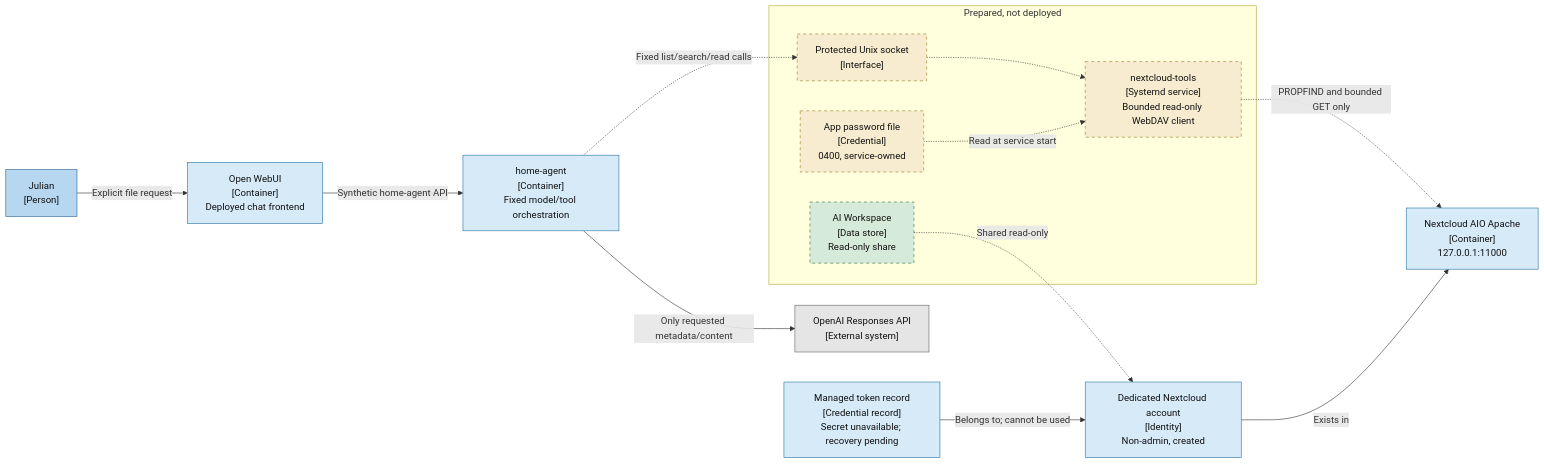
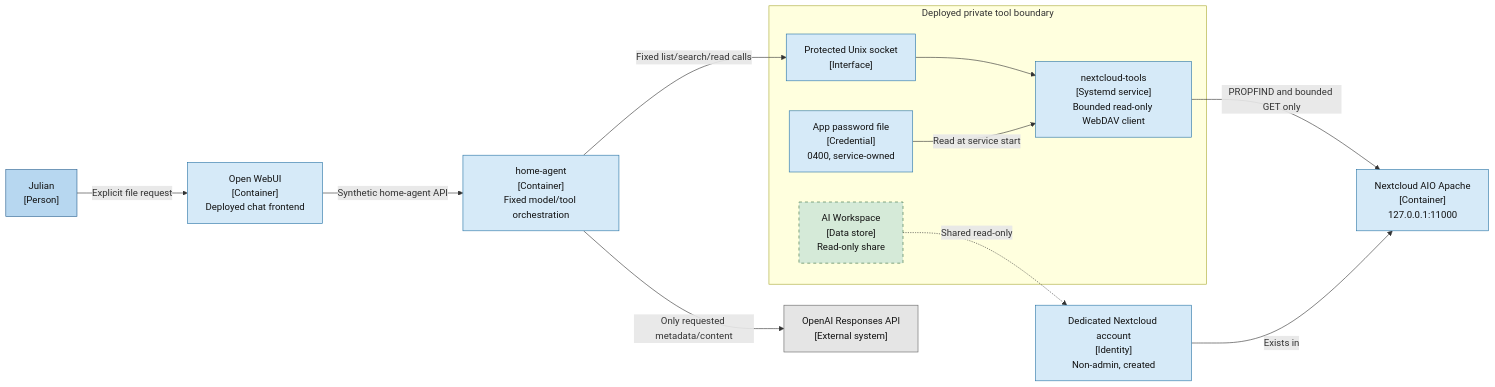
The diagram in docs/architecture/proposed/nextcloud-tools.md (KandlerLi/home-infra-docs), drawn with Mermaid before and after one commit. The commit also changed other lines of this file and 6 other files, not shown here.

Commit message:
Record deployed Nextcloud tools service

````diff
--- a/docs/architecture/proposed/nextcloud-tools.md
+++ b/docs/architecture/proposed/nextcloud-tools.md
@@ -7,40 +7,37 @@
 ```mermaid
 flowchart LR
     user["Julian<br/>[Person]"]
     webui["Open WebUI<br/>[Container]<br/>Deployed chat frontend"]
     agent["home-agent<br/>[Container]<br/>Fixed model/tool orchestration"]
 
-    subgraph prepared["Prepared, not deployed"]
+    subgraph deployed["Deployed private tool boundary"]
         socket["Protected Unix socket<br/>[Interface]"]
         tools["nextcloud-tools<br/>[Systemd service]<br/>Bounded read-only WebDAV client"]
         credential["App password file<br/>[Credential]<br/>0400, service-owned"]
         folder["AI Workspace<br/>[Data store]<br/>Read-only share"]
     end
 
     nextcloud["Nextcloud AIO Apache<br/>[Container]<br/>127.0.0.1:11000"]
     account["Dedicated Nextcloud account<br/>[Identity]<br/>Non-admin, created"]
-    orphan["Managed token record<br/>[Credential record]<br/>Secret unavailable; recovery pending"]
     model["OpenAI Responses API<br/>[External system]"]
 
     user -->|"Explicit file request"| webui
     webui -->|"Synthetic home-agent API"| agent
-    agent -.->|"Fixed list/search/read calls"| socket
-    socket -.-> tools
-    credential -.->|"Read at service start"| tools
-    tools -.->|"PROPFIND and bounded GET only"| nextcloud
+    agent -->|"Fixed list/search/read calls"| socket
+    socket --> tools
+    credential -->|"Read at service start"| tools
+    tools -->|"PROPFIND and bounded GET only"| nextcloud
     account -->|"Exists in"| nextcloud
-    orphan -->|"Belongs to; cannot be used"| account
     folder -.->|"Shared read-only"| account
     agent -->|"Only requested metadata/content"| model
 
     classDef person fill:#b7d7f0,color:#111,stroke:#286090
     classDef current fill:#d6eaf8,color:#111,stroke:#2874a6
     classDef proposed fill:#f7ecd0,color:#111,stroke:#9a7b24,stroke-dasharray: 5 5
     classDef datastore fill:#d5ead8,color:#111,stroke:#3b7044,stroke-dasharray: 5 5
     classDef external fill:#e5e5e5,color:#111,stroke:#666
     class user person
-    class webui,agent,nextcloud,account,orphan current
-    class socket,tools,credential proposed
+    class webui,agent,nextcloud,account,socket,tools,credential current
     class folder datastore
     class model external
 ```
````
